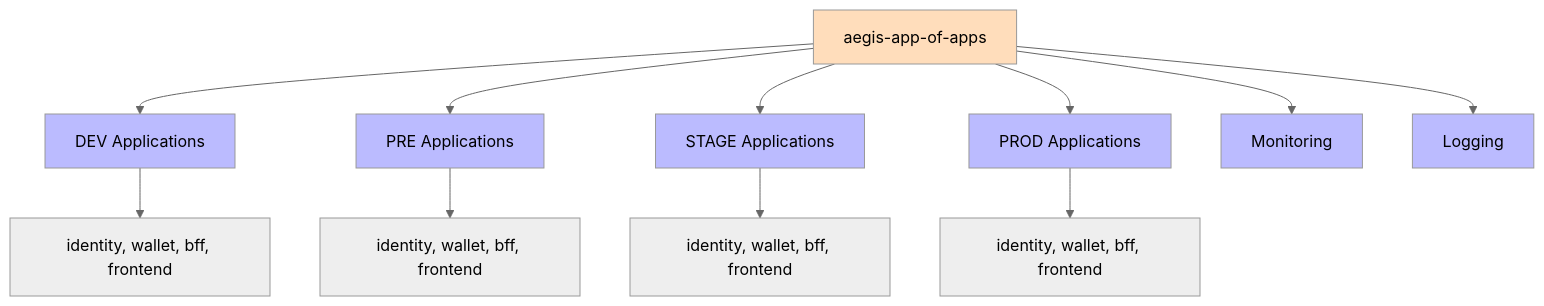
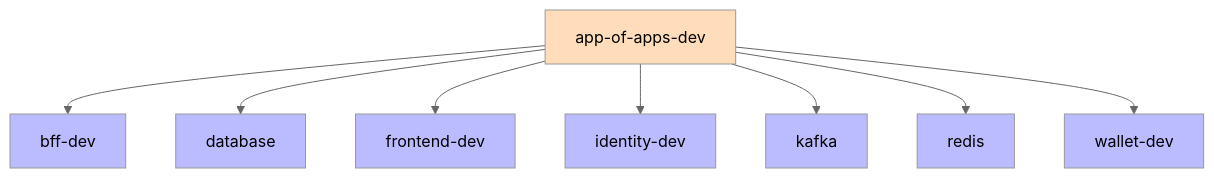
Before and after one commit to AlexAlvarezGallardo-GitHub/Aegis: the second of 3 diagrams in docs/obsidian/05 - Infrastructure/Argo CD.md, drawn with Mermaid (neutral theme). The commit also changed other lines of this file and 4 other files, not shown here.

Commit message:
docs(infra): sync obsidian vault with GitOps app-of-apps setup

````diff
--- a/docs/obsidian/05 - Infrastructure/Argo CD.md
+++ b/docs/obsidian/05 - Infrastructure/Argo CD.md
@@ -34,22 +34,19 @@
 ```mermaid
 graph TB
-    Root[aegis-app-of-apps] --> Dev[DEV Applications]
-    Root --> Pre[PRE Applications]
-    Root --> Stage[STAGE Applications]
-    Root --> Prod[PROD Applications]
-    Root --> Mon[Monitoring]
-    Root --> Log[Logging]
-
-    Dev --> DevS[identity, wallet, bff, frontend]
-    Pre --> PreS[identity, wallet, bff, frontend]
-    Stage --> StageS[identity, wallet, bff, frontend]
-    Prod --> ProdS[identity, wallet, bff, frontend]
+    Root[app-of-apps-dev] --> BFF[bff-dev]
+    Root --> DB[database]
+    Root --> FE[frontend-dev]
+    Root --> ID[identity-dev]
+    Root --> KAFKA[kafka]
+    Root --> REDIS[redis]
+    Root --> WAL[wallet-dev]
 
     style Root fill:#fdb,color:#000
-    style Dev fill:#bbf,color:#000
-    style Pre fill:#bbf,color:#000
-    style Stage fill:#bbf,color:#000
-    style Prod fill:#bbf,color:#000
-    style Mon fill:#bbf,color:#000
-    style Log fill:#bbf,color:#000
+    style BFF fill:#bbf,color:#000
+    style DB fill:#bbf,color:#000
+    style FE fill:#bbf,color:#000
+    style ID fill:#bbf,color:#000
+    style KAFKA fill:#bbf,color:#000
+    style REDIS fill:#bbf,color:#000
+    style WAL fill:#bbf,color:#000
 ```
````
